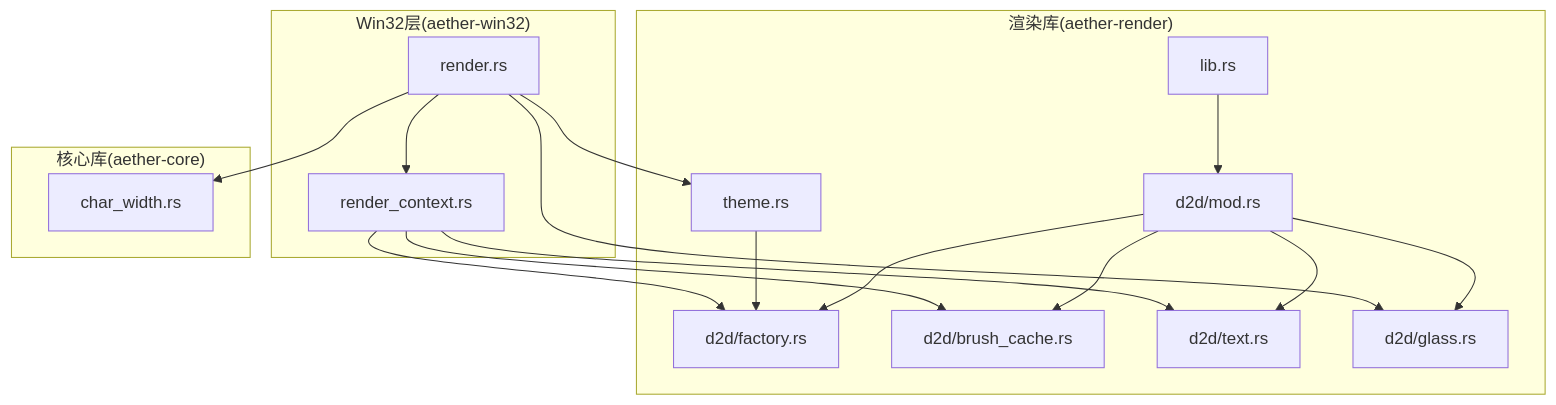
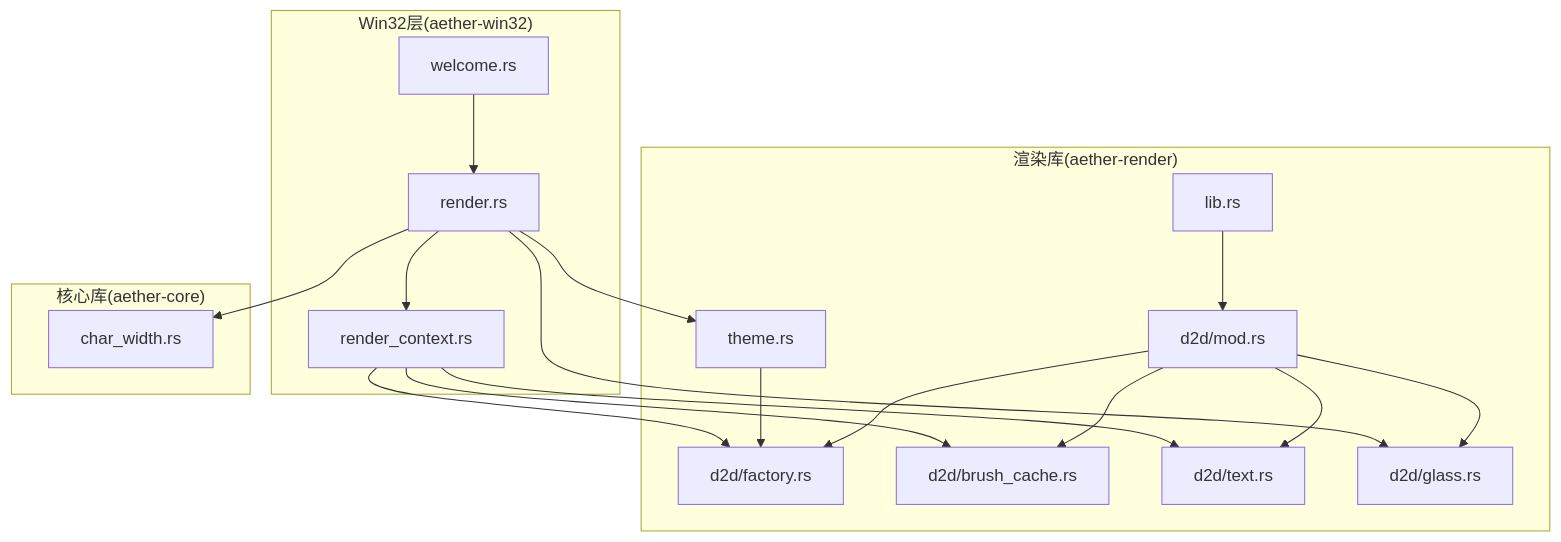
Before and after one commit to songdiyang/AetherStudio: the first of 8 diagrams in .qoder/repowiki/zh/content/架构设计/渲染引擎架构/Direct2D 渲染管线.md, drawn with Mermaid. The commit also changed other lines of this file and 3 other files, not shown here.

````diff
--- a/.qoder/repowiki/zh/content/架构设计/渲染引擎架构/Direct2D 渲染管线.md
+++ b/.qoder/repowiki/zh/content/架构设计/渲染引擎架构/Direct2D 渲染管线.md
@@ -49,32 +57,34 @@
 ```mermaid
 graph TB
 subgraph "渲染库(aether-render)"
 R_LIB["lib.rs"]
 D2D_MOD["d2d/mod.rs"]
 FACTORY["d2d/factory.rs"]
 BRUSH["d2d/brush_cache.rs"]
 TEXT["d2d/text.rs"]
 GLASS["d2d/glass.rs"]
 THEME["theme.rs"]
 end
 subgraph "Win32层(aether-win32)"
 RCX["render_context.rs"]
 RENDER["render.rs"]
+WELCOME["welcome.rs"]
 end
 subgraph "核心库(aether-core)"
 CWIDTH["char_width.rs"]
 end
 R_LIB --> D2D_MOD
 D2D_MOD --> FACTORY
 D2D_MOD --> BRUSH
 D2D_MOD --> TEXT
 D2D_MOD --> GLASS
 THEME --> FACTORY
 RCX --> FACTORY
 RCX --> BRUSH
 RCX --> TEXT
 RENDER --> RCX
 RENDER --> THEME
 RENDER --> GLASS
 RENDER --> CWIDTH
+WELCOME --> RENDER
 ```
````
